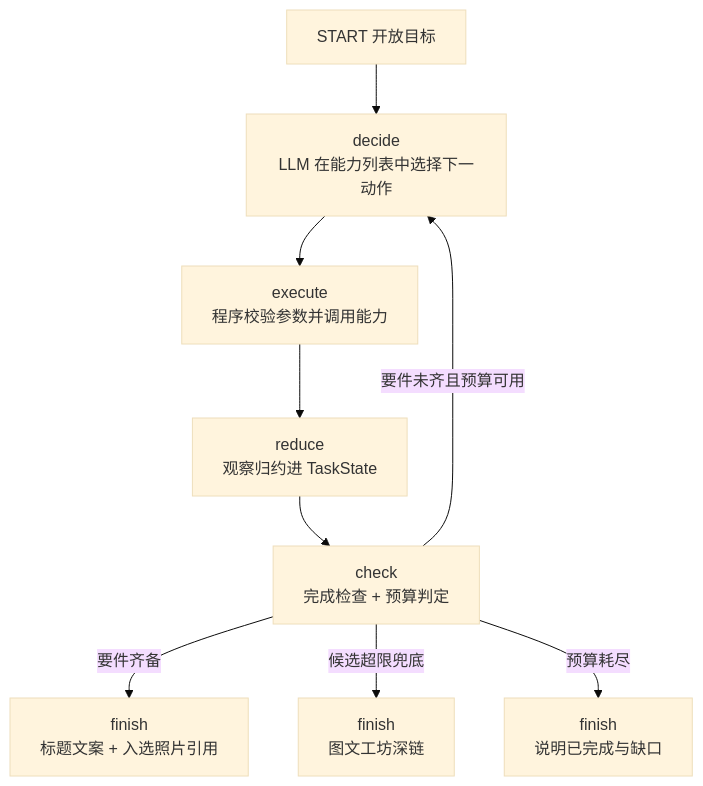
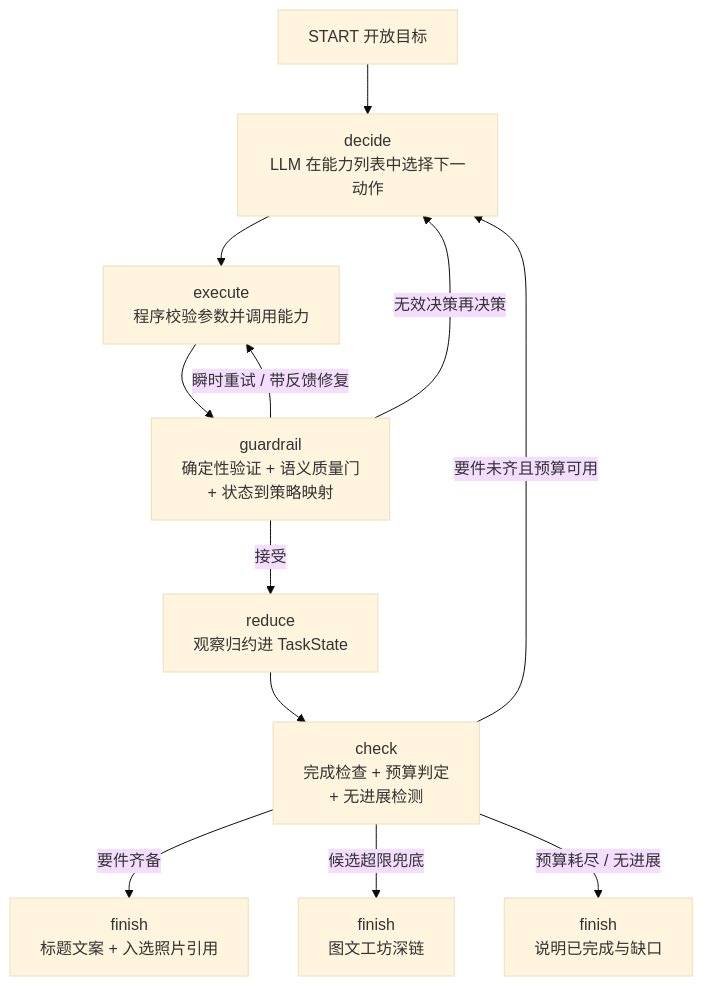
Before and after one commit to pancake-lee/photo-agent: the fourth of 6 diagrams in docs/tech.md, drawn with Mermaid (base theme). The commit also changed other lines of this file and 20 other files, not shown here.

````diff
--- a/docs/tech.md
+++ b/docs/tech.md
@@ -98,11 +98,14 @@
 ```mermaid
 flowchart TD
     S["START 开放目标"] --> DC["decide<br>LLM 在能力列表中选择下一动作"]
     DC --> EX["execute<br>程序校验参数并调用能力"]
-    EX --> RD["reduce<br>观察归约进 TaskState"]
-    RD --> CK["check<br>完成检查 + 预算判定"]
+    EX --> GR["guardrail<br>确定性验证 + 语义质量门<br>+ 状态到策略映射"]
+    GR -->|"接受"| RD["reduce<br>观察归约进 TaskState"]
+    GR -->|"瞬时重试 / 带反馈修复"| EX
+    GR -->|"无效决策再决策"| DC
+    RD --> CK["check<br>完成检查 + 预算判定<br>+ 无进展检测"]
     CK -->|"要件未齐且预算可用"| DC
     CK -->|"要件齐备"| FN["finish<br>标题文案 + 入选照片引用"]
     CK -->|"候选超限兜底"| FH["finish<br>图文工坊深链"]
-    CK -->|"预算耗尽"| FS["finish<br>说明已完成与缺口"]
+    CK -->|"预算耗尽 / 无进展"| FS["finish<br>说明已完成与缺口"]
 ```
````
